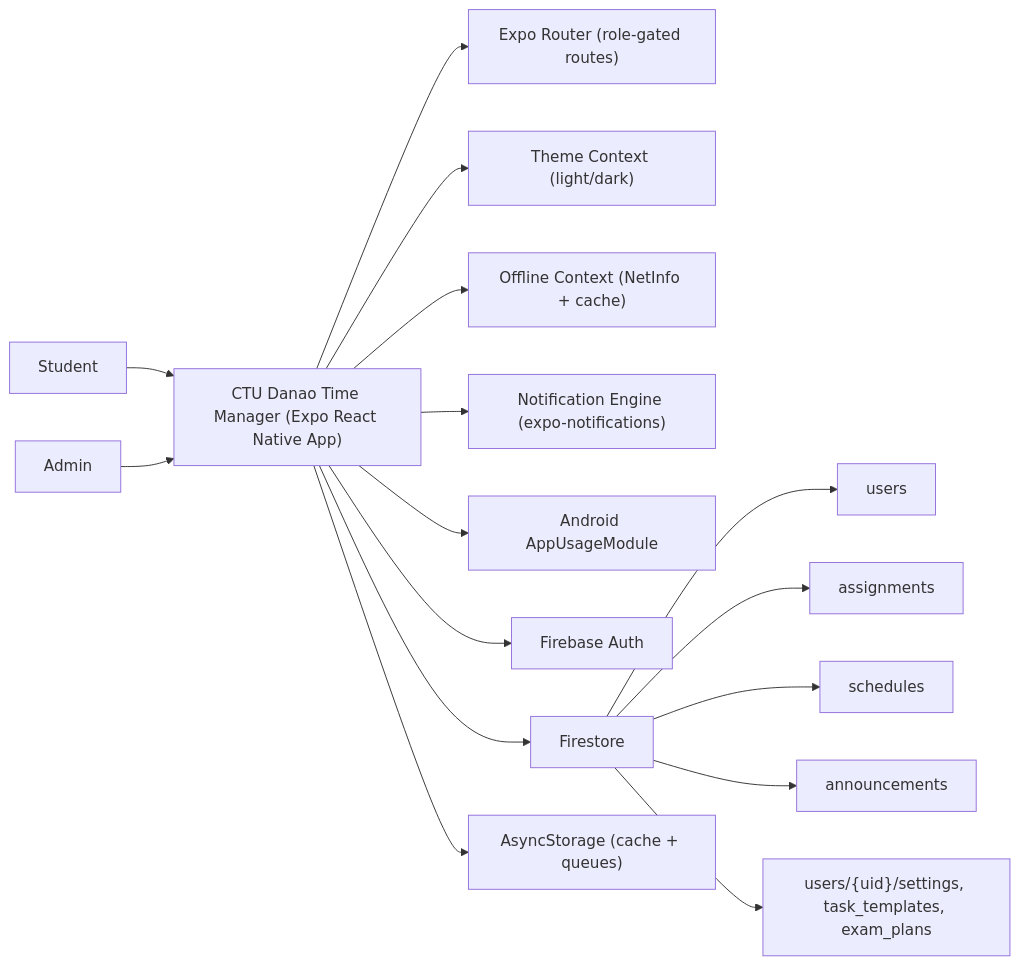
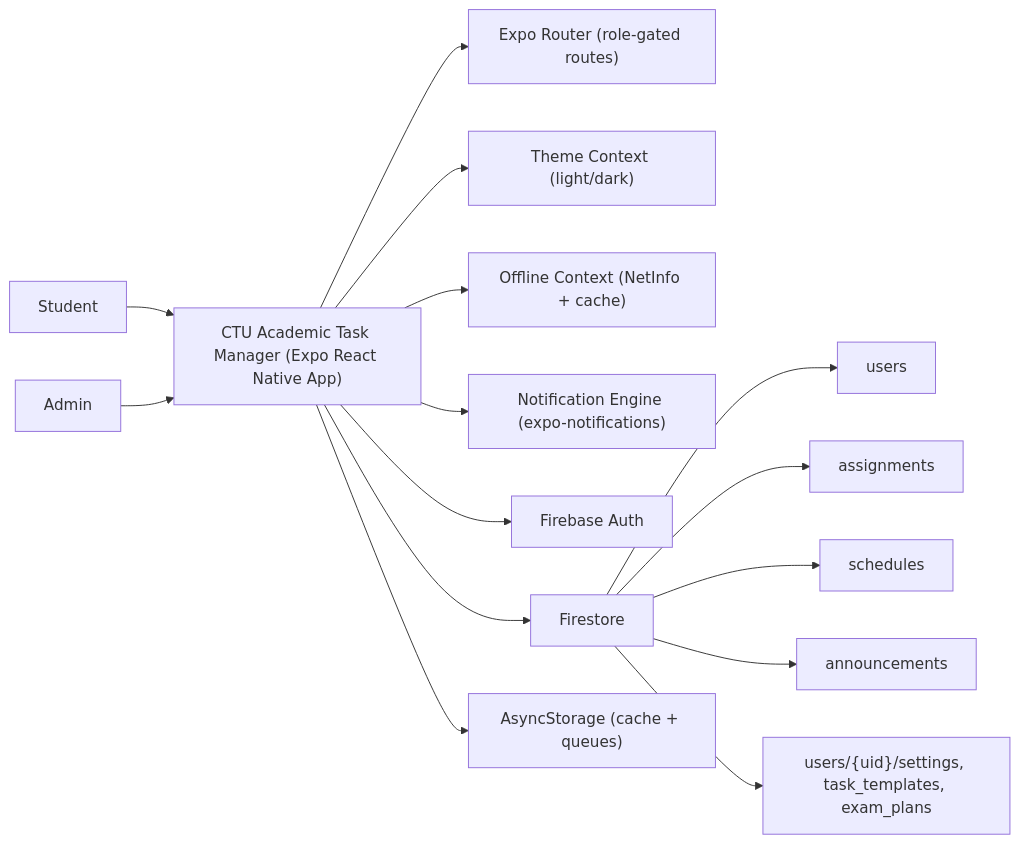
One commit to markkevinjayson394-bit/Taskk changed the first of 3 diagrams in docs/System-Design.md. Above: the diagram before and after it, drawn with Mermaid. The commit also changed other lines of this file and 250 other files, not shown here.

First line of the commit message:
feat: major refactor — new screen architecture, notification system fixes, test suite

````diff
--- a/docs/System-Design.md
+++ b/docs/System-Design.md
@@ -14,18 +33,17 @@
 ```mermaid
 flowchart LR
-  Student["Student"] --> App["CTU Danao Time Manager (Expo React Native App)"]
+  Student["Student"] --> App["CTU Academic Task Manager (Expo React Native App)"]
   Admin["Admin"] --> App
   App --> Router["Expo Router (role-gated routes)"]
   App --> Theme["Theme Context (light/dark)"]
   App --> Offline["Offline Context (NetInfo + cache)"]
   App --> Notif["Notification Engine (expo-notifications)"]
-  App --> Usage["Android AppUsageModule"]
   App --> Auth["Firebase Auth"]
   App --> DB["Firestore"]
   App --> Storage["AsyncStorage (cache + queues)"]
   DB --> Users["users"]
   DB --> Assignments["assignments"]
   DB --> Schedules["schedules"]
   DB --> Announcements["announcements"]
   DB --> UserSubs["users/{uid}/settings, task_templates, exam_plans"]
 ```
````
